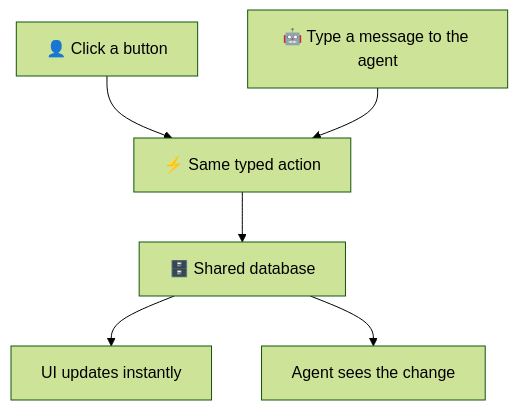
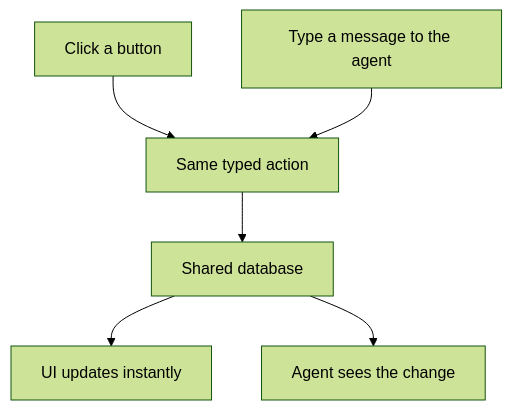
Before and after one commit to Abdul-M01/agent-native: the second of 2 diagrams in packages/core/docs/content/what-is-agent-native.mdx, drawn with Mermaid (forest theme). The commit also changed 183 other files, not shown here.

````diff
--- a/packages/core/docs/content/what-is-agent-native.mdx
+++ b/packages/core/docs/content/what-is-agent-native.mdx
@@ -80,15 +80,15 @@
 ```mermaid
 graph TD
-  UI_IN["👤 Click a button"]
-  AG_IN["🤖 Type a message to the agent"]
-  ACTION["⚡ Same typed action"]
-  DB["🗄️ Shared database"]
+  UI_IN["Click a button"]
+  AG_IN["Type a message to the agent"]
+  ACTION["Same typed action"]
+  DB["Shared database"]
   UI_OUT["UI updates instantly"]
   AG_OUT["Agent sees the change"]
 
   UI_IN --> ACTION
   AG_IN --> ACTION
   ACTION --> DB
   DB --> UI_OUT
   DB --> AG_OUT
 ```
````
